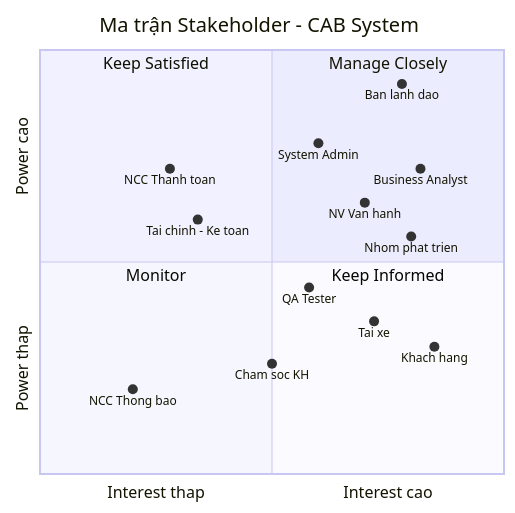
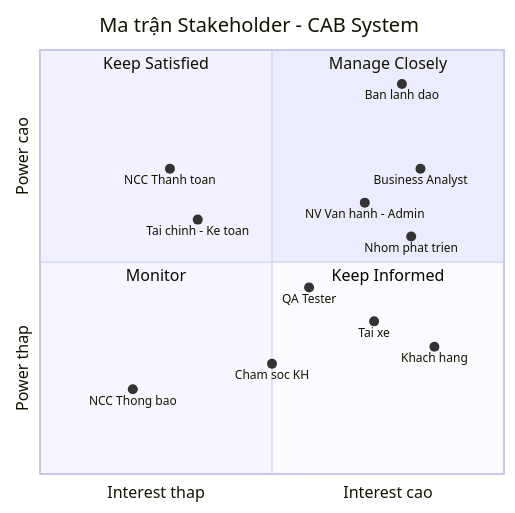
One commit to Ngoc-Giang/23639971_LamNgocGiang_CABSYSTEM changed the first of 3 diagrams in srs.md. Above: the diagram before and after it, drawn with Mermaid. The commit also changed other lines of this file, not shown here.

````diff
--- a/srs.md
+++ b/srs.md
@@ -43,22 +39,21 @@
 ```mermaid
 quadrantChart
     title Ma trận Stakeholder - CAB System
     x-axis Interest thap --> Interest cao
     y-axis Power thap --> Power cao
     quadrant-1 Manage Closely
     quadrant-2 Keep Satisfied
     quadrant-3 Monitor
     quadrant-4 Keep Informed
     Ban lanh dao: [0.78, 0.92]
-    System Admin: [0.60, 0.78]
     Business Analyst: [0.82, 0.72]
-    NV Van hanh: [0.70, 0.64]
+    NV Van hanh - Admin: [0.70, 0.64]
     Nhom phat trien: [0.80, 0.56]
     NCC Thanh toan: [0.28, 0.72]
     Tai chinh - Ke toan: [0.34, 0.60]
     QA Tester: [0.58, 0.44]
     Tai xe: [0.72, 0.36]
     Khach hang: [0.85, 0.30]
     Cham soc KH: [0.50, 0.26]
     NCC Thong bao: [0.20, 0.20]
 ```
````
